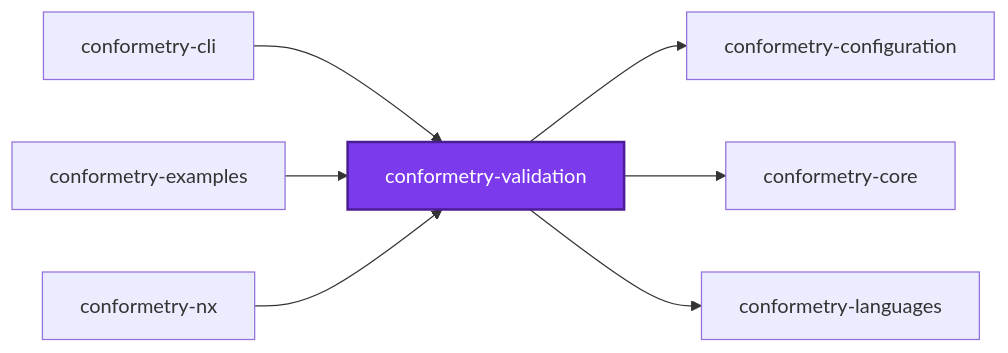
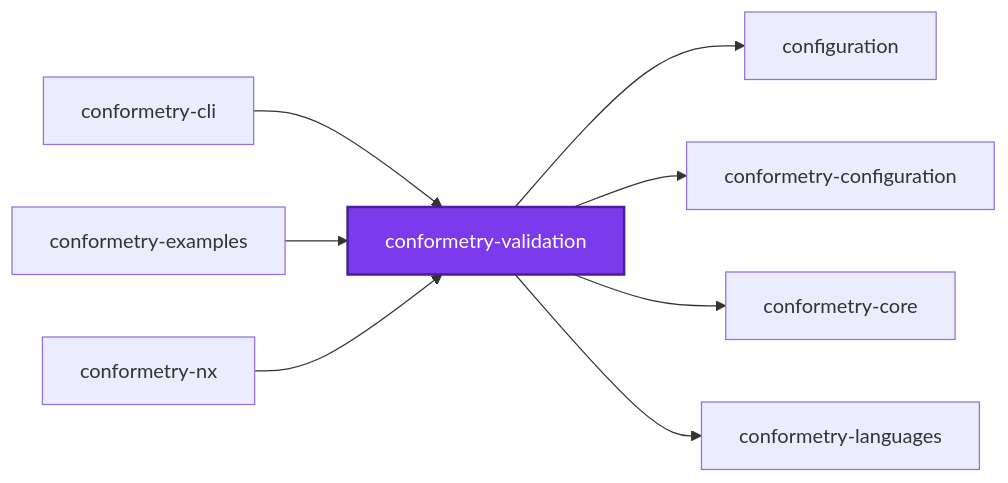
Before and after one commit to organizzolini/codebase: the first of 3 diagrams in projects/ic-suite/conformetry/conformetry-validation/README.md, drawn with Mermaid. The commit also changed 68 other files, not shown here.

````diff
--- a/projects/ic-suite/conformetry/conformetry-validation/README.md
+++ b/projects/ic-suite/conformetry/conformetry-validation/README.md
@@ -168,18 +168,20 @@
 ```mermaid
 graph LR
+  configuration["configuration"]
   conformetry_cli["conformetry-cli"]
   conformetry_configuration["conformetry-configuration"]
   conformetry_core["conformetry-core"]
   conformetry_examples["conformetry-examples"]
   conformetry_languages["conformetry-languages"]
   conformetry_nx["conformetry-nx"]
   conformetry_validation["conformetry-validation"]
   conformetry_cli --> conformetry_validation
   conformetry_examples --> conformetry_validation
   conformetry_nx --> conformetry_validation
+  conformetry_validation --> configuration
   conformetry_validation --> conformetry_configuration
   conformetry_validation --> conformetry_core
   conformetry_validation --> conformetry_languages
   classDef subject fill:#7c3aed,color:#fff,stroke:#4c1d95,stroke-width:2px
   class conformetry_validation subject
 ```
````
